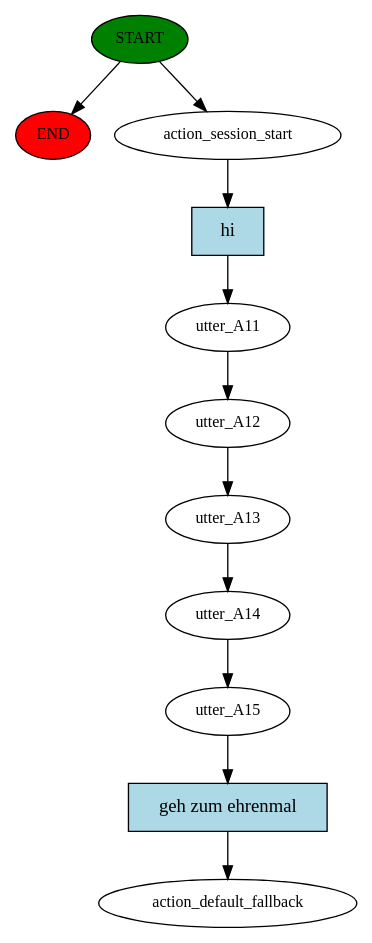
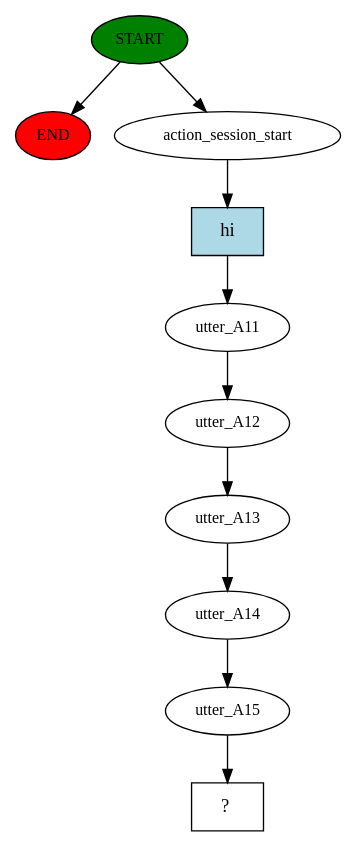
One commit to trxquilmage/Karten-Minigame changed the diagram in story_graph.dot. Above: the diagram before and after it, drawn with Graphviz. The commit also changed 7 other files, not shown here.

```diff
--- a/story_graph.dot
+++ b/story_graph.dot
@@ -1,23 +1,21 @@
 digraph  {
 0 [class="start active", fillcolor=green, fontsize=12, label=START, style=filled];
 "-1" [class=end, fillcolor=red, fontsize=12, label=END, style=filled];
 1 [class=active, fontsize=12, label=action_session_start];
 2 [class=active, fontsize=12, label=utter_A11];
 3 [class=active, fontsize=12, label=utter_A12];
 4 [class=active, fontsize=12, label=utter_A13];
 5 [class=active, fontsize=12, label=utter_A14];
 6 [class=active, fontsize=12, label=utter_A15];
-7 [class="dashed active", fontsize=12, label=action_default_fallback];
+7 [class="intent dashed active", label="  ?  ", shape=rect];
 8 [class="intent active", fillcolor=lightblue, label=hi, shape=rect, style=filled];
-9 [class="intent active", fillcolor=lightblue, label="geh zum ehrenmal", shape=rect, style=filled];
 0 -> "-1"  [class="", key=NONE, label=""];
 0 -> 1  [class=active, key=NONE, label=""];
 1 -> 8  [class=active, key=0];
 2 -> 3  [class=active, key=NONE, label=""];
 3 -> 4  [class=active, key=NONE, label=""];
 4 -> 5  [class=active, key=NONE, label=""];
 5 -> 6  [class=active, key=NONE, label=""];
-6 -> 9  [class=active, key=0];
+6 -> 7  [class=active, key=NONE, label=""];
 8 -> 2  [class=active, key=0];
-9 -> 7  [class=active, key=0];
 }
```
